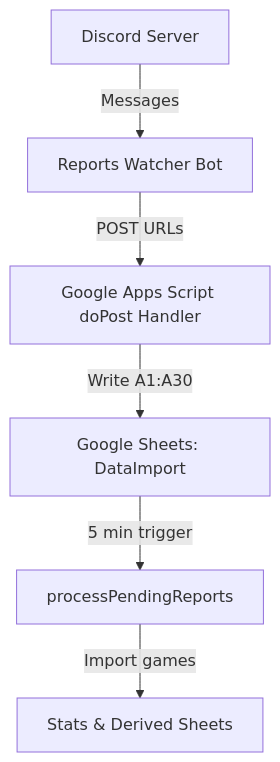
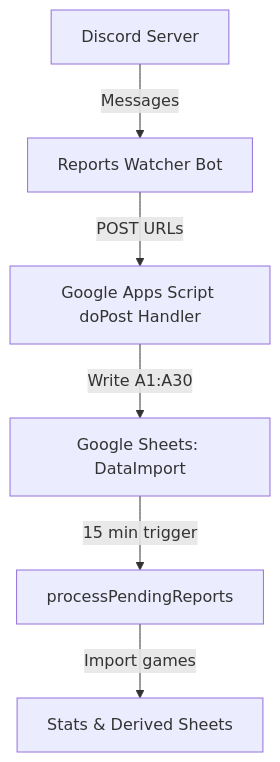
The diagram in README.md (kindzal/qw-reports-watcher), drawn with Mermaid before and after one commit. The commit also changed other lines of this file, not shown here.

Commit message:
- a few more README.md tweaks

````diff
--- a/README.md
+++ b/README.md
@@ -32,9 +32,9 @@
 ```mermaid
 flowchart TD
     A[Discord Server] -->|Messages| B[Reports Watcher Bot]
     B -->|POST URLs| C[Google Apps Script doPost Handler]
     C -->|Write A1:A30| D[Google Sheets: DataImport]
 
-    D -->|5 min trigger| E[processPendingReports]
+    D -->|15 min trigger| E[processPendingReports]
     E -->|Import games| F[Stats & Derived Sheets]
 ```
````
